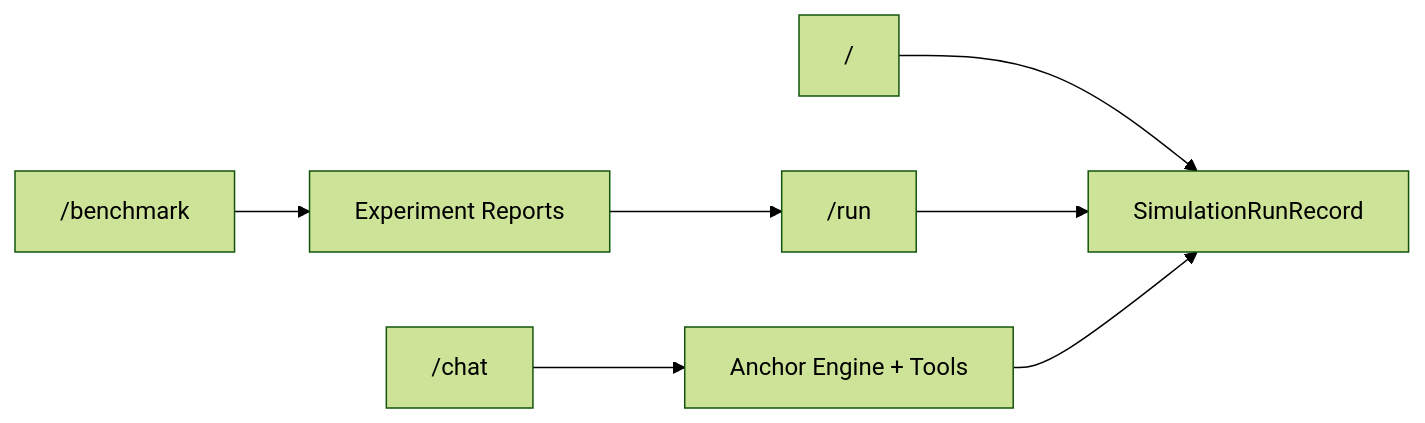
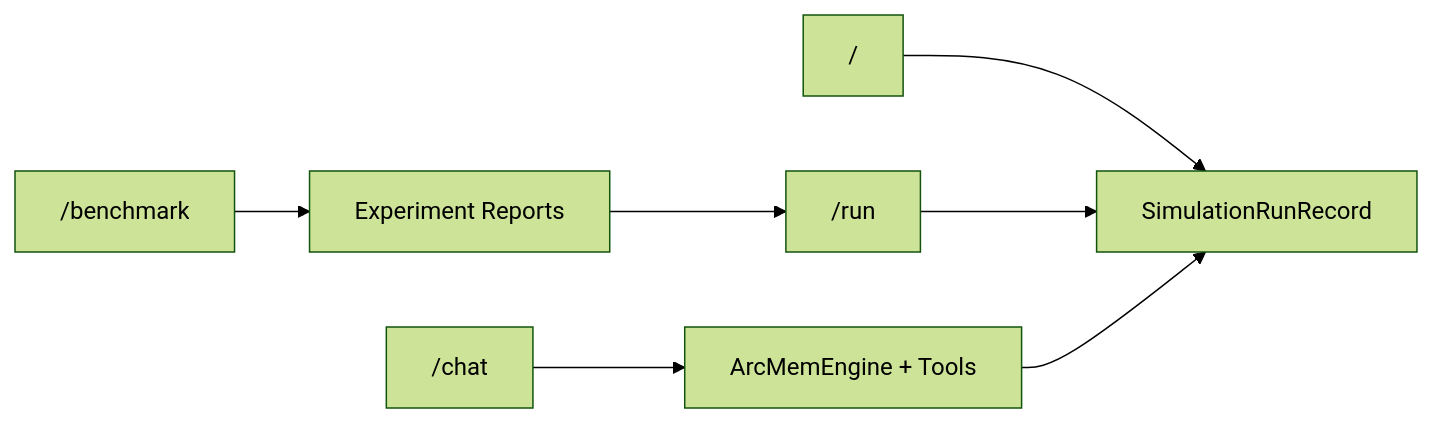
Before and after one commit to jimador/arc-mem: the third of 3 diagrams in docs/ui-views.md, drawn with Mermaid (forest theme). The commit also changed other lines of this file and 1260 other files, not shown here.

````diff
--- a/docs/ui-views.md
+++ b/docs/ui-views.md
@@ -122,9 +122,9 @@
 ```mermaid
 flowchart LR
     S["/"] --> R["SimulationRunRecord"]
-    C["/chat"] --> A["Anchor Engine + Tools"]
+    C["/chat"] --> A["ArcMemEngine + Tools"]
     B["/benchmark"] --> E["Experiment Reports"]
     RI["/run"] --> R
     A --> R
     E --> RI
 ```
````
